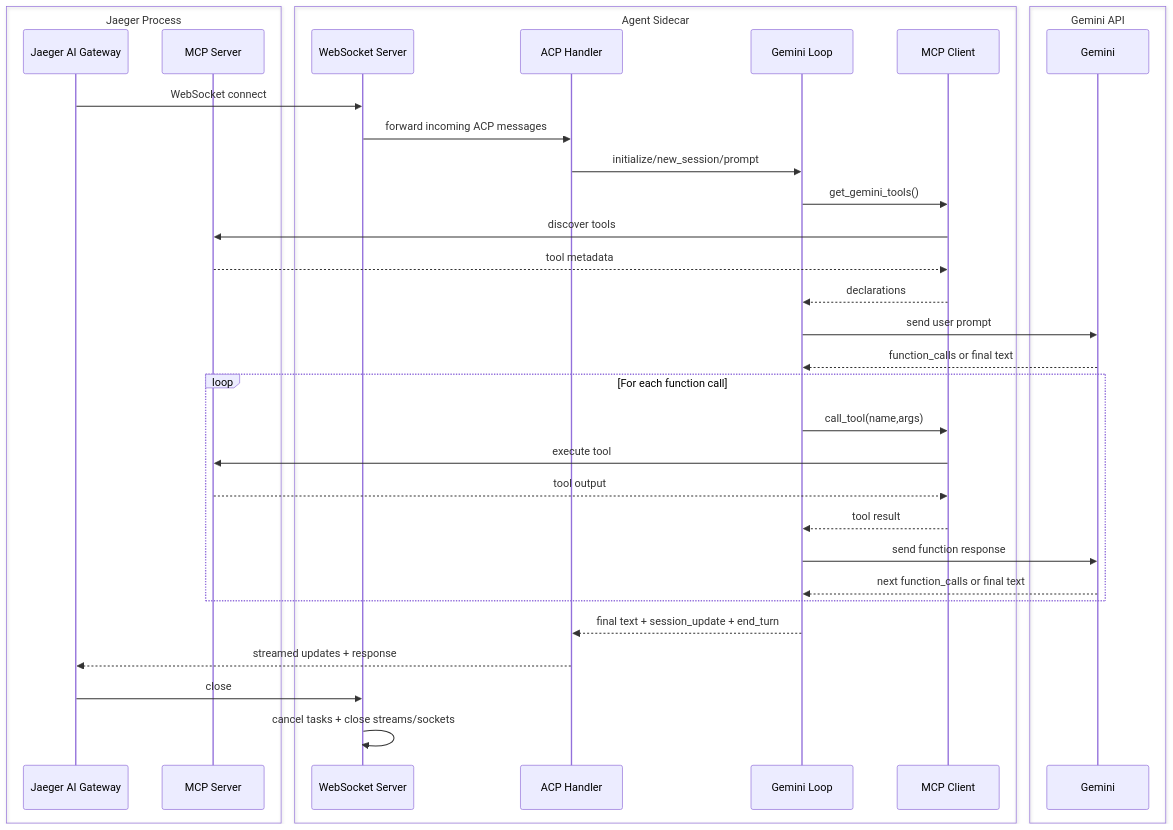
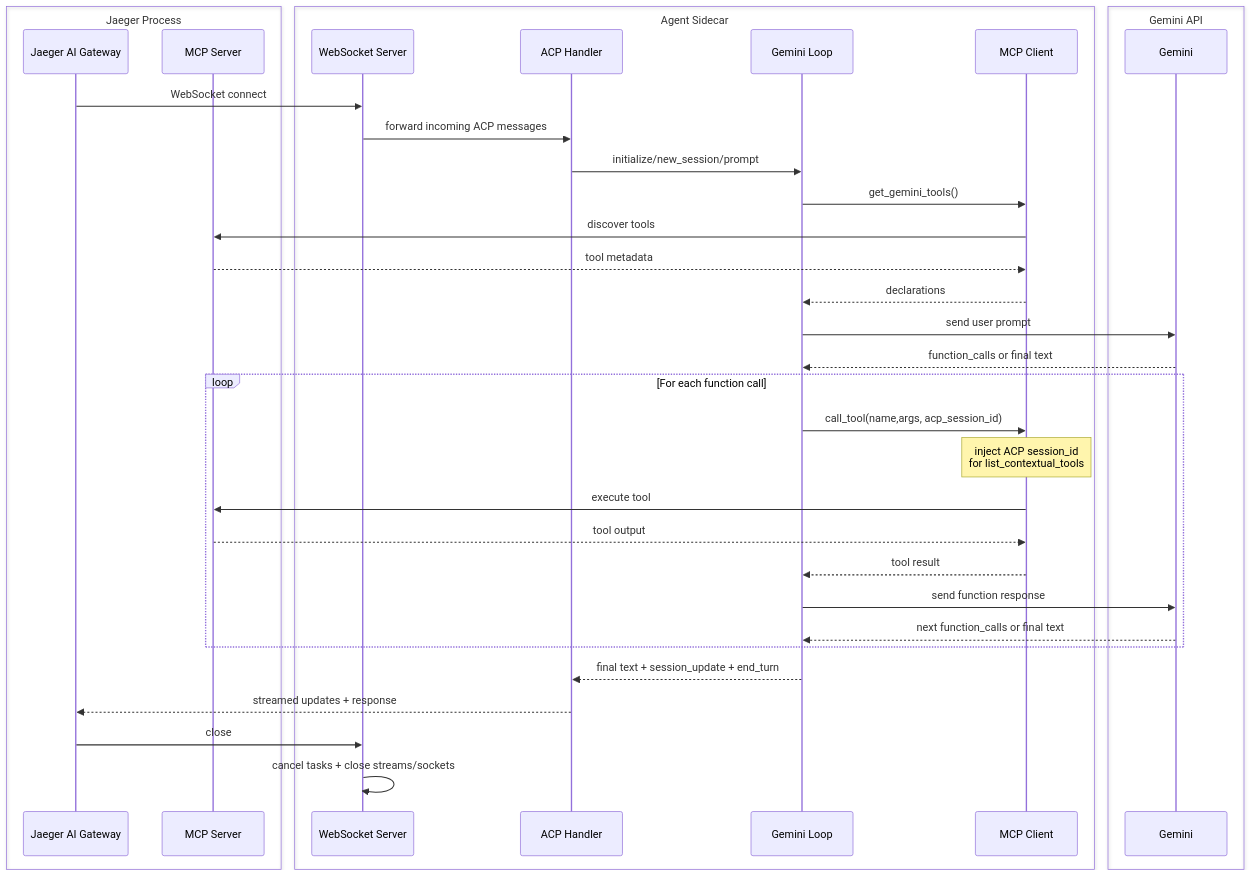
The second of 2 diagrams in scripts/ai-sidecar/gemini/README.md (jaegertracing/jaeger), drawn with Mermaid before and after one commit. The commit also changed 20 other files, not shown here.

````diff
--- a/scripts/ai-sidecar/gemini/README.md
+++ b/scripts/ai-sidecar/gemini/README.md
@@ -109,43 +109,44 @@
 ```mermaid
 sequenceDiagram
     box Jaeger Process
         participant GW as Jaeger AI Gateway
         participant JMCP as MCP Server
     end
     box Agent Sidecar
         participant HW as WebSocket Server
         participant ACP as ACP Handler
         participant GL as Gemini Loop
         participant MCP as MCP Client
     end
     box Gemini API
         participant GEM as Gemini
     end
 
     GW->>HW: WebSocket connect
     HW->>ACP: forward incoming ACP messages
     ACP->>GL: initialize/new_session/prompt
 
     GL->>MCP: get_gemini_tools()
     MCP->>JMCP: discover tools
     JMCP-->>MCP: tool metadata
     MCP-->>GL: declarations
 
     GL->>GEM: send user prompt
     GEM-->>GL: function_calls or final text
 
     loop For each function call
-        GL->>MCP: call_tool(name,args)
+        GL->>MCP: call_tool(name,args, acp_session_id)
+        Note over MCP: inject ACP session_id<br/>for list_contextual_tools
         MCP->>JMCP: execute tool
         JMCP-->>MCP: tool output
         MCP-->>GL: tool result
         GL->>GEM: send function response
         GEM-->>GL: next function_calls or final text
     end
 
     GL-->>ACP: final text + session_update + end_turn
     ACP-->>GW: streamed updates + response
 
     GW->>HW: close
     HW->>HW: cancel tasks + close streams/sockets
 ```
````
